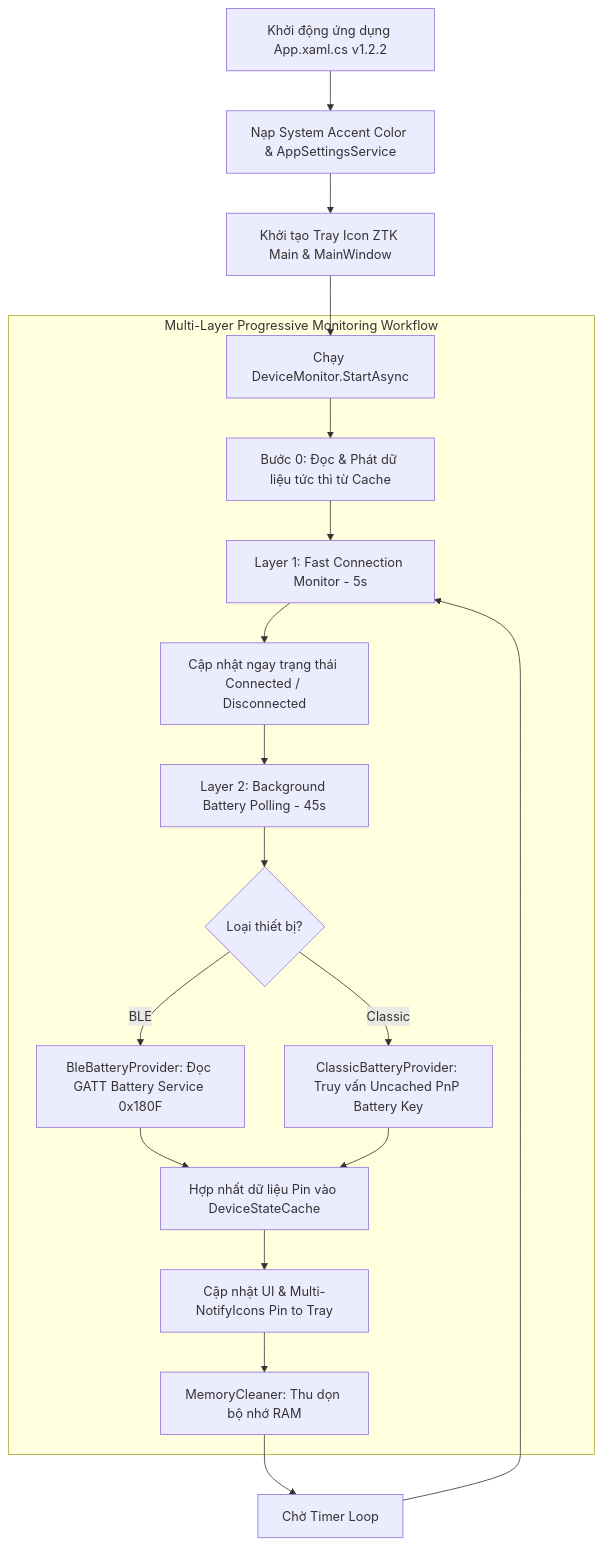
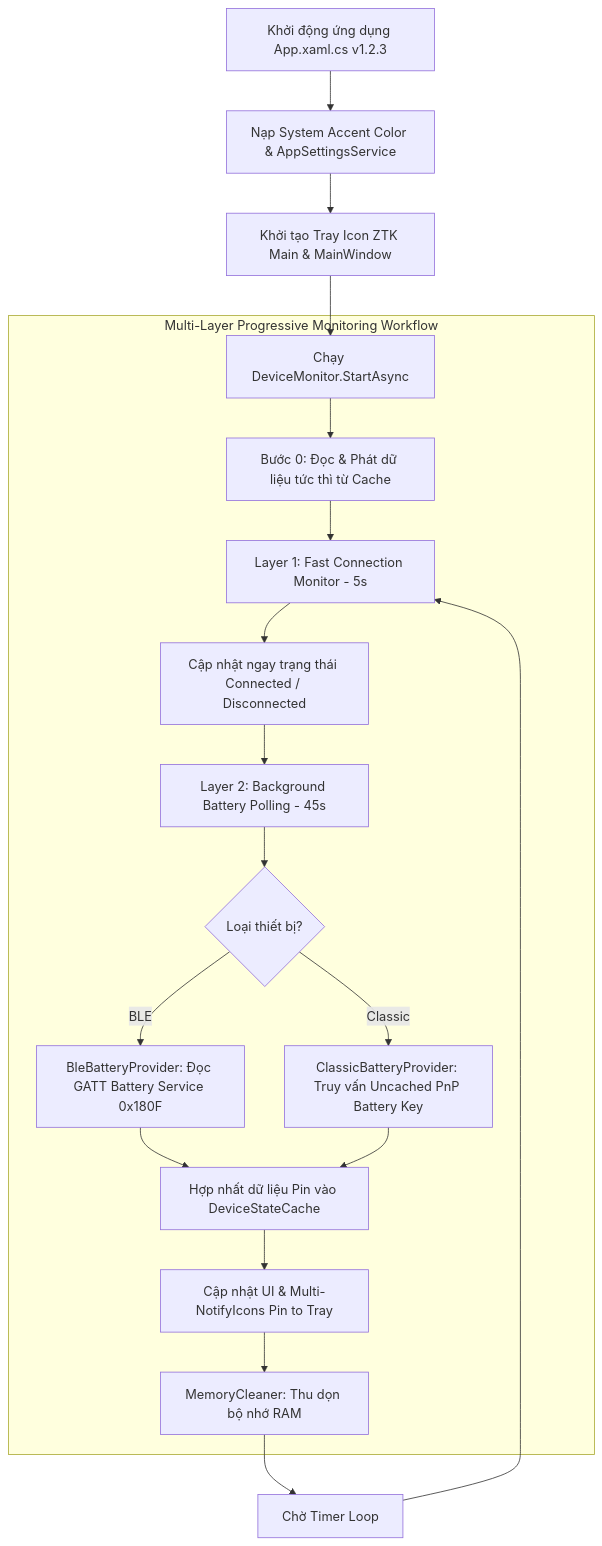
The diagram in PROJECT_OVERVIEW.md (LyTinh1106/WirelessBatteryLevel), drawn with Mermaid before and after one commit. The commit also changed other lines of this file and 5 other files, not shown here.

````diff
--- a/PROJECT_OVERVIEW.md
+++ b/PROJECT_OVERVIEW.md
@@ -17,25 +17,25 @@
 ```mermaid
 flowchart TD
-    A[Khởi động ứng dụng App.xaml.cs v1.2.2] --> B[Nạp System Accent Color & AppSettingsService]
+    A[Khởi động ứng dụng App.xaml.cs v1.2.3] --> B[Nạp System Accent Color & AppSettingsService]
     B --> C[Khởi tạo Tray Icon ZTK Main & MainWindow]
     C --> D[Chạy DeviceMonitor.StartAsync]
     
     subgraph Multi-Layer Progressive Monitoring Workflow
         D --> E[Bước 0: Đọc & Phát dữ liệu tức thì từ Cache]
         E --> F[Layer 1: Fast Connection Monitor - 5s]
         F --> G[Cập nhật ngay trạng thái Connected / Disconnected]
         G --> H[Layer 2: Background Battery Polling - 45s]
         
         H --> I{Loại thiết bị?}
         I -- BLE --> J[BleBatteryProvider: Đọc GATT Battery Service 0x180F]
         I -- Classic --> K[ClassicBatteryProvider: Truy vấn Uncached PnP Battery Key]
         
         J --> L[Hợp nhất dữ liệu Pin vào DeviceStateCache]
         K --> L
         L --> M[Cập nhật UI & Multi-NotifyIcons Pin to Tray]
         M --> N[MemoryCleaner: Thu dọn bộ nhớ RAM]
     end
 
     N --> O[Chờ Timer Loop]
     O --> F
 ```
````
